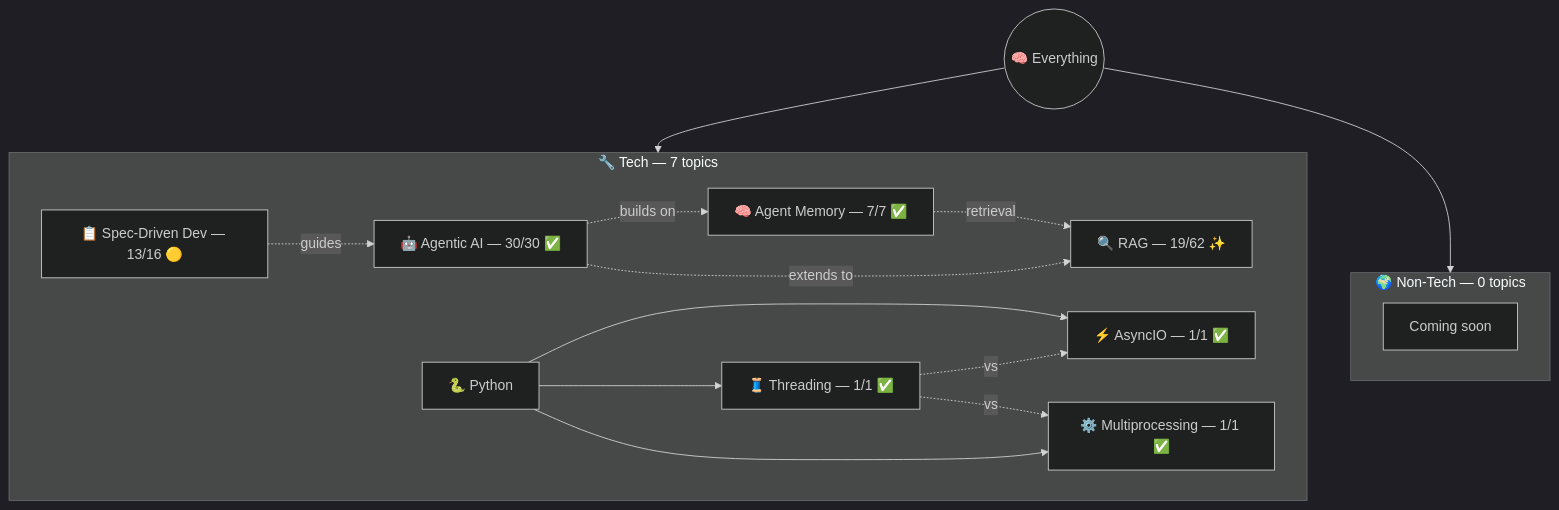
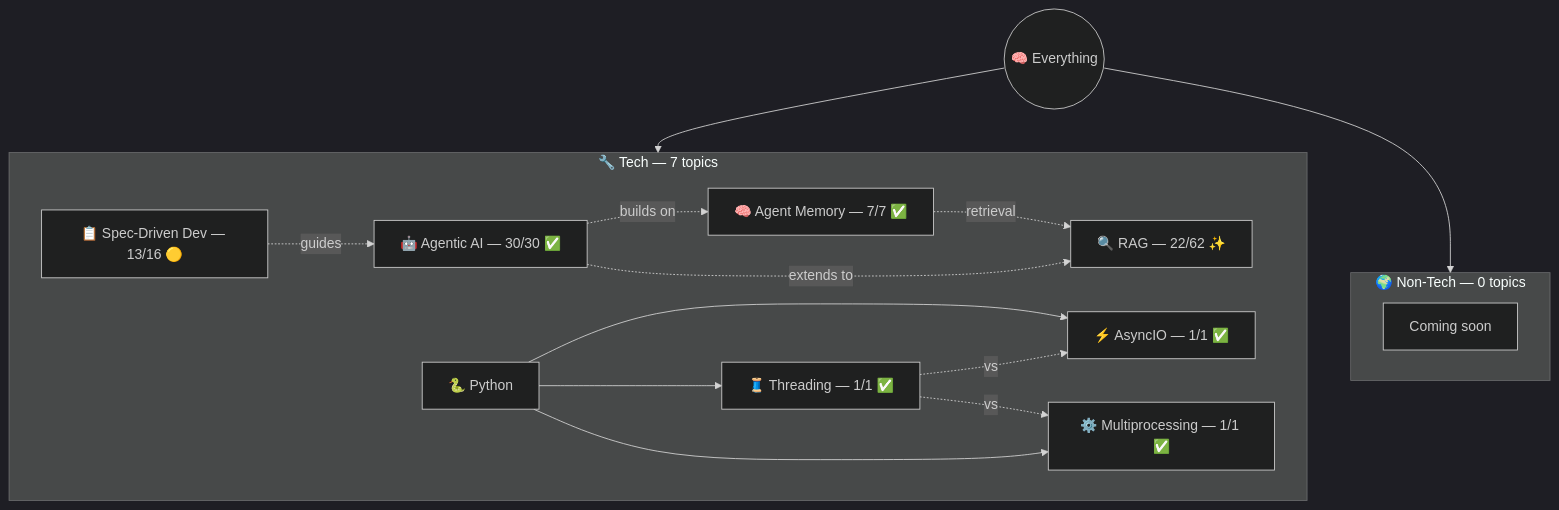
One commit to AyushSonuu/my-memory changed the diagram in _maps/everything.md. Above: the diagram before and after it, drawn with Mermaid (dark theme). The commit also changed other lines of this file and 27 other files, not shown here.

````diff
--- a/_maps/everything.md
+++ b/_maps/everything.md
@@ -5,28 +5,28 @@
 ```mermaid
 graph TB
     ROOT(("🧠 Everything"))
     
     subgraph TECH ["🔧 Tech — 7 topics"]
         AG["🤖 Agentic AI — 30/30 ✅"]
         AM["🧠 Agent Memory — 7/7 ✅"]
-        RAG["🔍 RAG — 19/62 ✨"]
+        RAG["🔍 RAG — 22/62 ✨"]
         SDD["📋 Spec-Driven Dev — 13/16 🟡"]
         PY["🐍 Python"]
         PY --> AIO["⚡ AsyncIO — 1/1 ✅"]
         PY --> THR["🧵 Threading — 1/1 ✅"]
         PY --> MP["⚙️ Multiprocessing — 1/1 ✅"]
         AG -.->|"builds on"| AM
         AM -.->|"retrieval"| RAG
         AG -.->|"extends to"| RAG
         SDD -.->|"guides"| AG
         THR -.->|"vs"| AIO
         THR -.->|"vs"| MP
     end
 
     subgraph NT ["🌍 Non-Tech — 0 topics"]
         NTE["Coming soon"]
     end
 
     ROOT --> TECH
     ROOT --> NT
 ```
````
